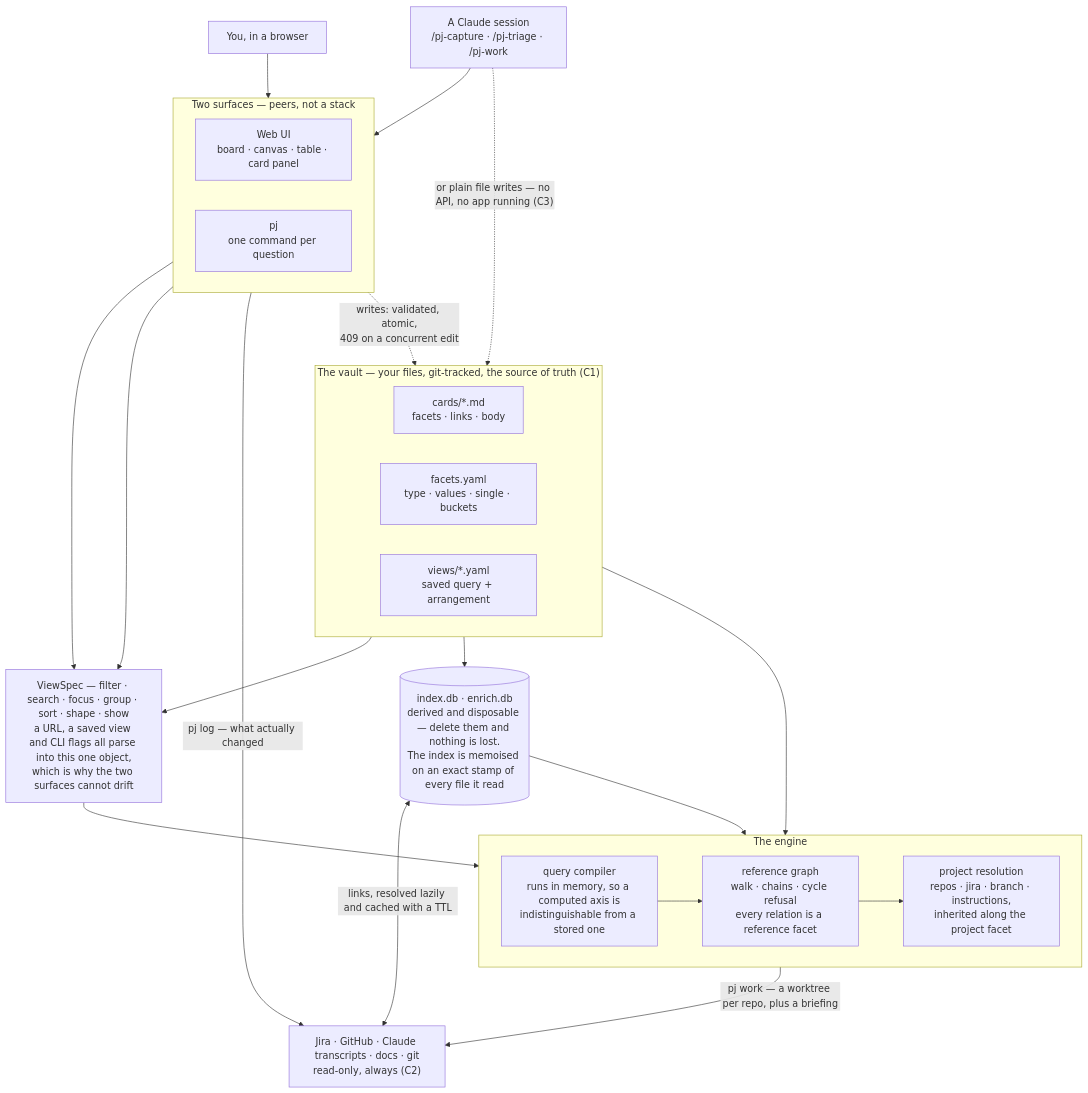
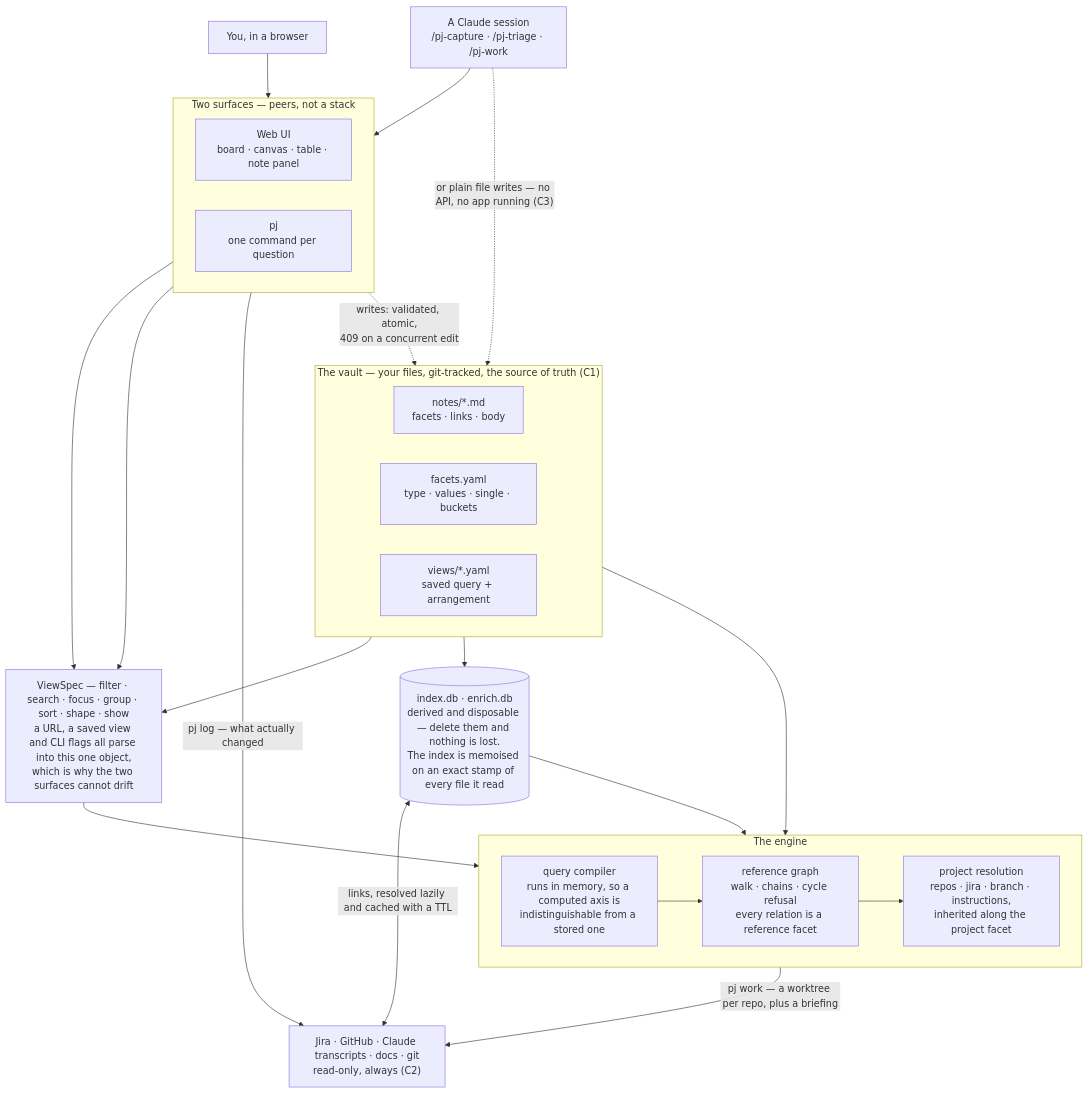
One commit to kramar42/projector changed the diagram in ARCHITECTURE.md. Above: the diagram before and after it, drawn with Mermaid. The commit also changed other lines of this file and 91 other files, not shown here.

````diff
--- a/ARCHITECTURE.md
+++ b/ARCHITECTURE.md
@@ -27,50 +27,50 @@
 ```mermaid
 flowchart TB
   subgraph vault["The vault — your files, git-tracked, the source of truth (C1)"]
     direction LR
-    cards["cards/*.md<br/>facets · links · body"]
+    notes["notes/*.md<br/>facets · links · body"]
     fac["facets.yaml<br/>type · values · single · buckets"]
     vw["views/*.yaml<br/>saved query + arrangement"]
   end
 
   you["You, in a browser"]
   agent["A Claude session<br/>/pj-capture · /pj-triage · /pj-work"]
 
   subgraph surfaces["Two surfaces — peers, not a stack"]
     direction LR
-    ui["Web UI<br/>board · canvas · table · card panel"]
+    ui["Web UI<br/>board · canvas · table · note panel"]
     pj["pj<br/>one command per question"]
   end
 
   idx[("index.db · enrich.db<br/>derived and disposable — delete them and nothing is lost.<br/>The index is memoised on an exact stamp of every file it read")]
 
   spec["ViewSpec — filter · search · focus · group · sort · shape · show<br/>a URL, a saved view and CLI flags all parse into this one object,<br/>which is why the two surfaces cannot drift"]
 
   subgraph engine["The engine"]
     direction LR
     q["query compiler<br/>runs in memory, so a computed axis is<br/>indistinguishable from a stored one"]
     refs["reference graph<br/>walk · chains · cycle refusal<br/>every relation is a reference facet"]
     proj["project resolution<br/>repos · jira · branch · instructions,<br/>inherited along the project facet"]
   end
 
   outside["Jira · GitHub · Claude transcripts · docs · git<br/>read-only, always (C2)"]
 
   you --> ui
   agent --> pj
   vault --> idx
   vw --> spec
   ui --> spec
   pj --> spec
   fac --> q
   spec --> q
   idx --> q
   q --> refs
   refs --> proj
 
-  surfaces -.->|"writes: validated, atomic,<br/>409 on a concurrent edit"| cards
-  agent -.->|"or plain file writes — no API, no app running (C3)"| cards
+  surfaces -.->|"writes: validated, atomic,<br/>409 on a concurrent edit"| notes
+  agent -.->|"or plain file writes — no API, no app running (C3)"| notes
 
   idx <-->|"links, resolved lazily and cached with a TTL"| outside
   proj -->|"pj work — a worktree per repo, plus a briefing"| outside
   pj -->|"pj log — what actually changed"| outside
 ```
````
